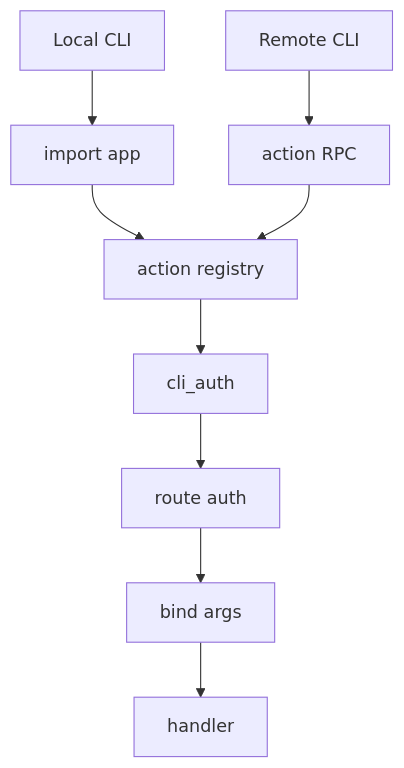
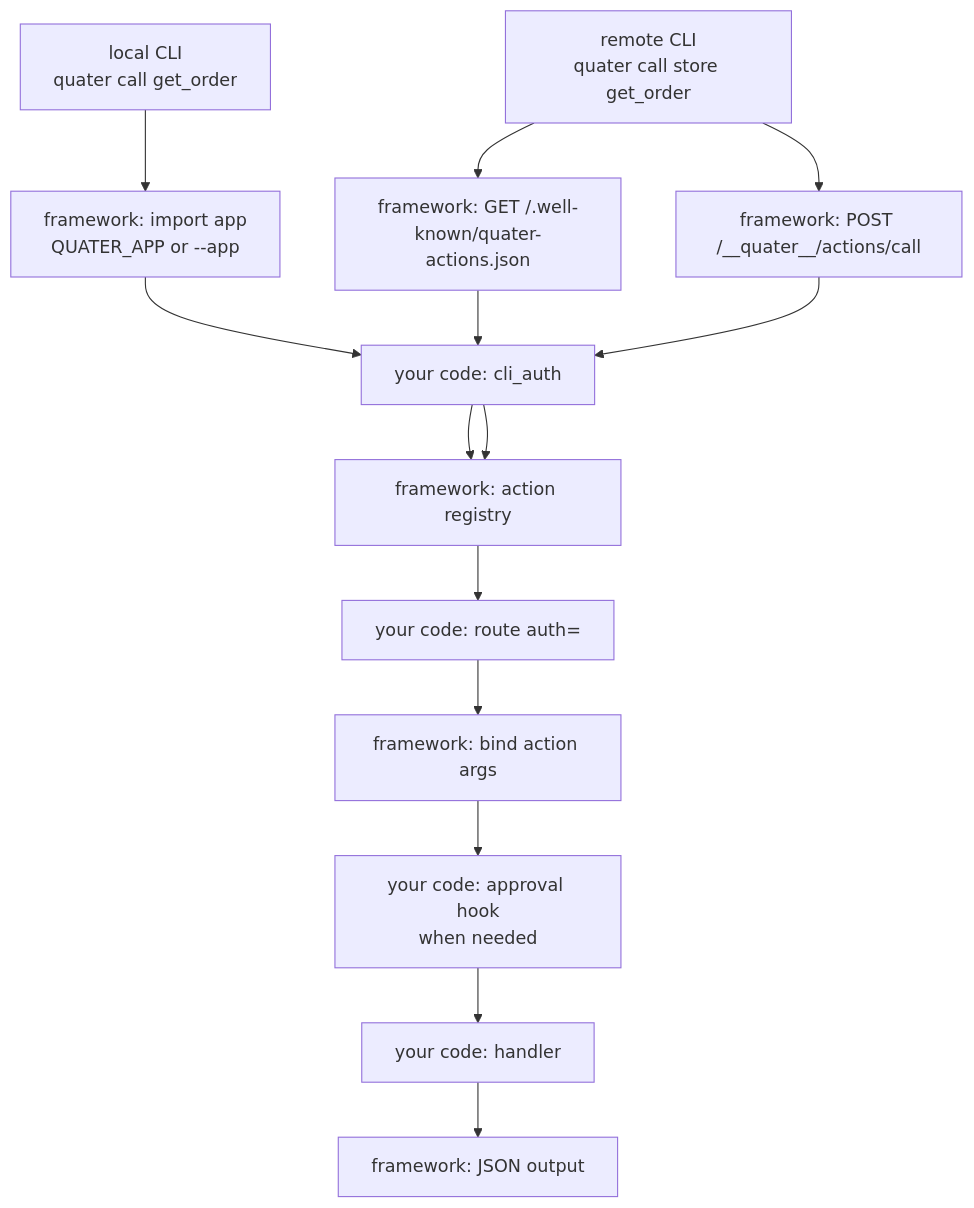
One commit to DevilsAutumn/quater changed the diagram in docs/en/latest/actions.md. Above: the diagram before and after it, drawn with Mermaid. The commit also changed other lines of this file and 29 other files, not shown here.

````diff
--- a/docs/en/latest/actions.md
+++ b/docs/en/latest/actions.md
@@ -62,21 +131,20 @@
 ```mermaid
 flowchart TB
-    local_call["Local CLI"]
-    local_import["import app"]
-    remote_call["Remote CLI"]
-    remote_rpc["action RPC"]
-    registry["action registry"]
-    auth["cli_auth"]
-    route_auth["route auth"]
-    binding["bind args"]
-    handler["handler"]
+    local["local CLI\nquater call get_order"]
+    import_app["framework: import app\nQUATER_APP or --app"]
+    remote["remote CLI\nquater call store get_order"]
+    manifest["framework: GET /.well-known/quater-actions.json"]
+    rpc["framework: POST /__quater__/actions/call"]
+    cli_auth["your code: cli_auth"]
+    registry["framework: action registry"]
+    route_auth["your code: route auth="]
+    bind["framework: bind action args"]
+    approval["your code: approval hook\nwhen needed"]
+    handler["your code: handler"]
+    output["framework: JSON output"]
 
-    local_call --> local_import
-    remote_call --> remote_rpc
-    local_import --> registry
-    remote_rpc --> registry
-    registry --> auth
-    auth --> route_auth
-    route_auth --> binding
-    binding --> handler
+    local --> import_app --> cli_auth --> registry
+    remote --> manifest --> cli_auth
+    remote --> rpc --> cli_auth --> registry
+    registry --> route_auth --> bind --> approval --> handler --> output
 ```
````
